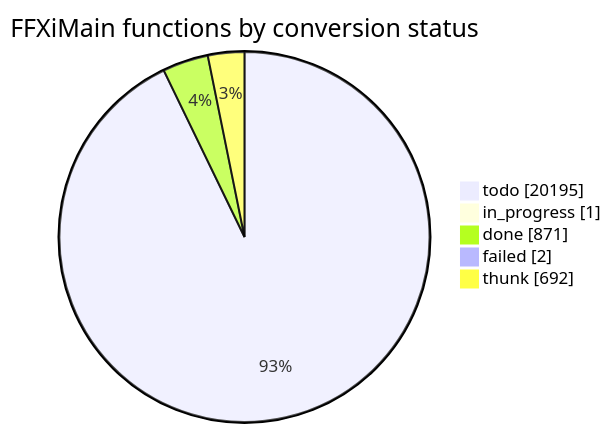
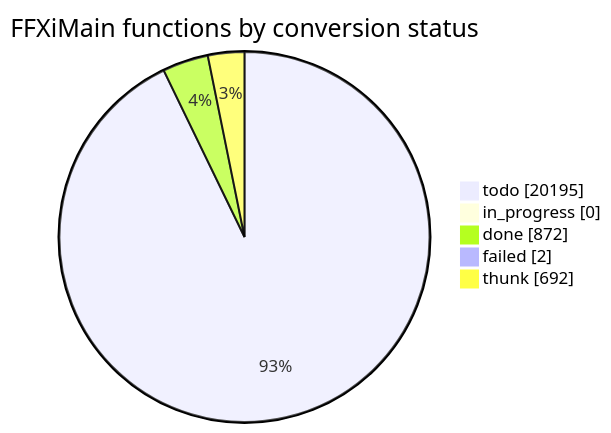
The diagram in docs/cow/STATUS.md (cowrevenge/cow_kuluu_xi_anything), drawn with Mermaid before and after one commit. The commit also changed other lines of this file and 9 other files, not shown here.

````diff
--- a/docs/cow/STATUS.md
+++ b/docs/cow/STATUS.md
@@ -18,9 +18,9 @@
 ```mermaid
 pie showData
     title FFXiMain functions by conversion status
     "todo" : 20195
-    "in_progress" : 1
-    "done" : 871
+    "in_progress" : 0
+    "done" : 872
     "failed" : 2
     "thunk" : 692
 ```
````
